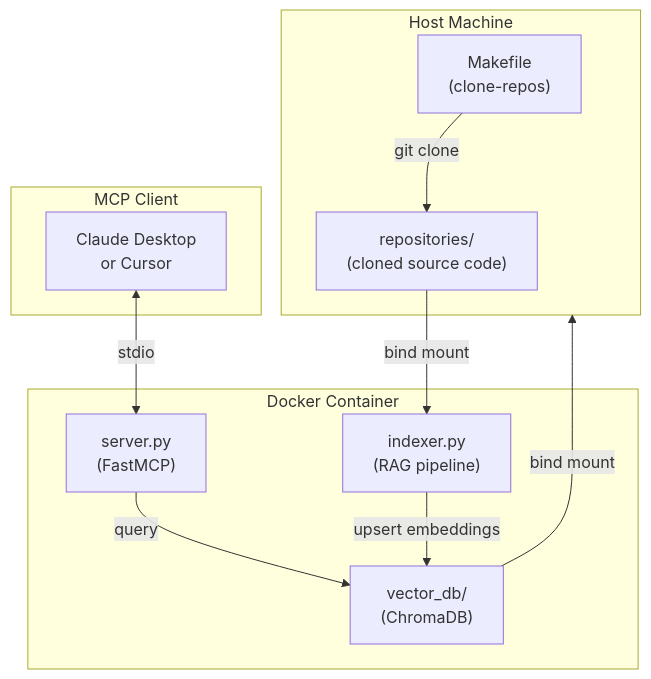
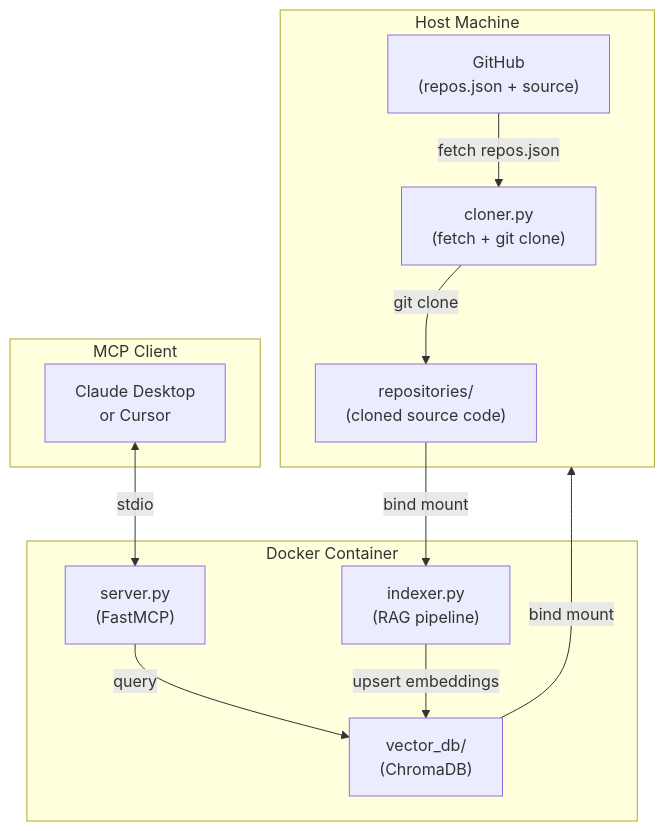
The diagram in README.md (TheTangentLine/Learn_MCP_server), drawn with Mermaid before and after one commit. The commit also changed other lines of this file and 1 other file, not shown here.

````diff
--- a/README.md
+++ b/README.md
@@ -11,25 +13,27 @@
 ```mermaid
 flowchart TD
     subgraph host [Host Machine]
-        Makefile["Makefile\n(clone-repos)"]
+        cloner["cloner.py\n(fetch + git clone)"]
+        GitHub["GitHub\n(repos.json + source)"]
         repos["repositories/\n(cloned source code)"]
-        Makefile -->|"git clone"| repos
+        GitHub -->|"fetch repos.json"| cloner
+        cloner -->|"git clone"| repos
     end
 
     subgraph container [Docker Container]
         indexer["indexer.py\n(RAG pipeline)"]
         vectordb["vector_db/\n(ChromaDB)"]
         server["server.py\n(FastMCP)"]
         indexer -->|"upsert embeddings"| vectordb
         server -->|"query"| vectordb
     end
 
     repos -->|"bind mount"| indexer
     vectordb -->|"bind mount"| host
 
     subgraph client [MCP Client]
-        Claude["Claude Desktop\nor Cursor"]
+        LLM["Claude Desktop\nor Cursor"]
     end
 
-    Claude <-->|"stdio"| server
+    LLM <-->|"stdio"| server
 ```
````
